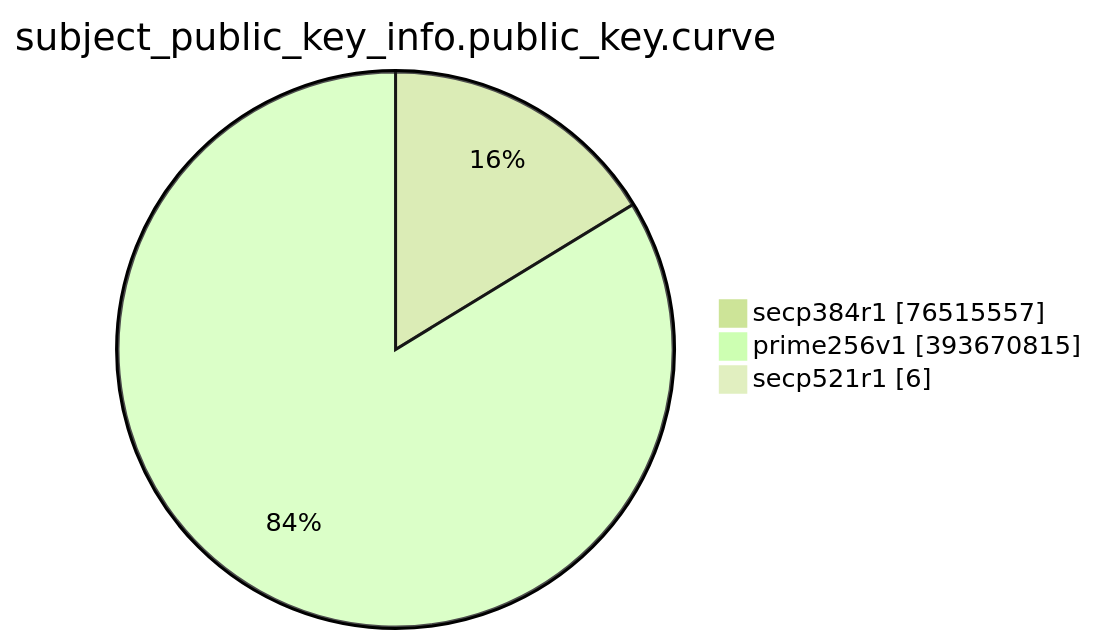
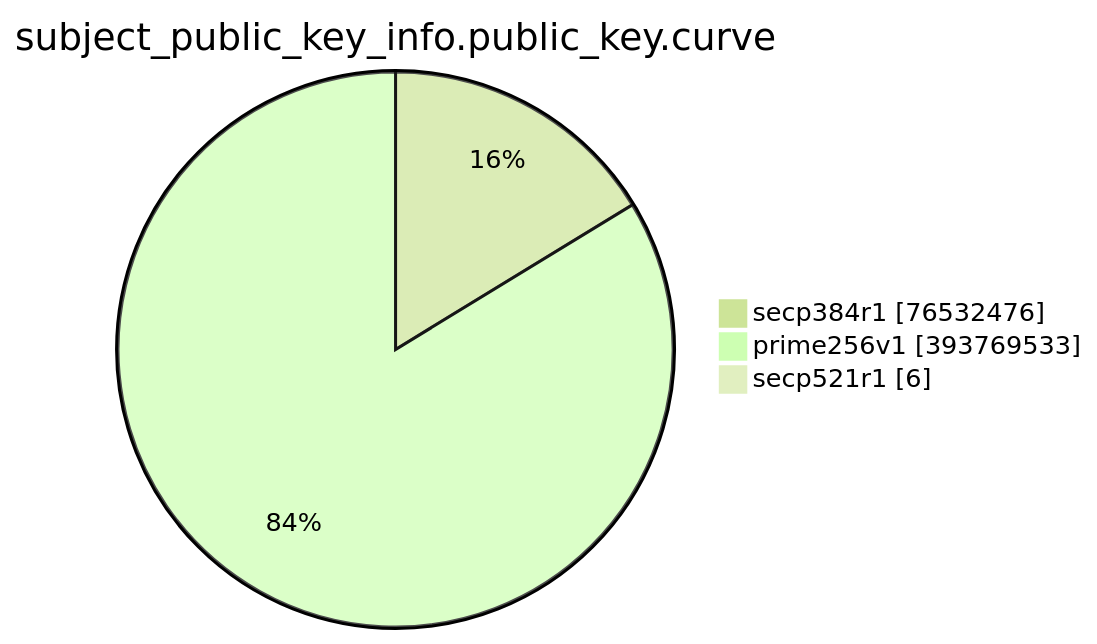
Before and after one commit to christiankrug/ctmonitor_visualization: the eighth of 15 diagrams in TOTAL/README.md, drawn with Mermaid (forest theme). The commit also changed other lines of this file, not shown here.

````diff
--- a/TOTAL/README.md
+++ b/TOTAL/README.md
@@ -3094,7 +3094,7 @@
 ```mermaid
 pie showData
 title subject_public_key_info.public_key.curve
-"secp384r1" :76515557
-"prime256v1" :393670815
+"secp384r1" :76532476
+"prime256v1" :393769533
 "secp521r1" :6
 ```
````
